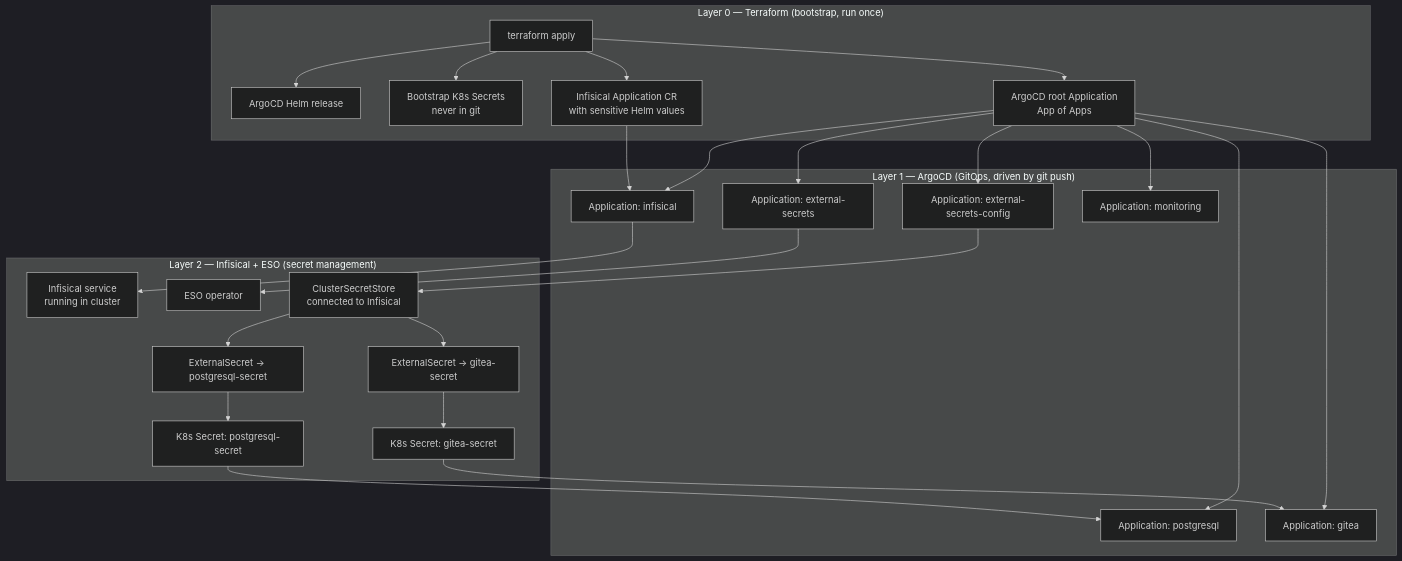
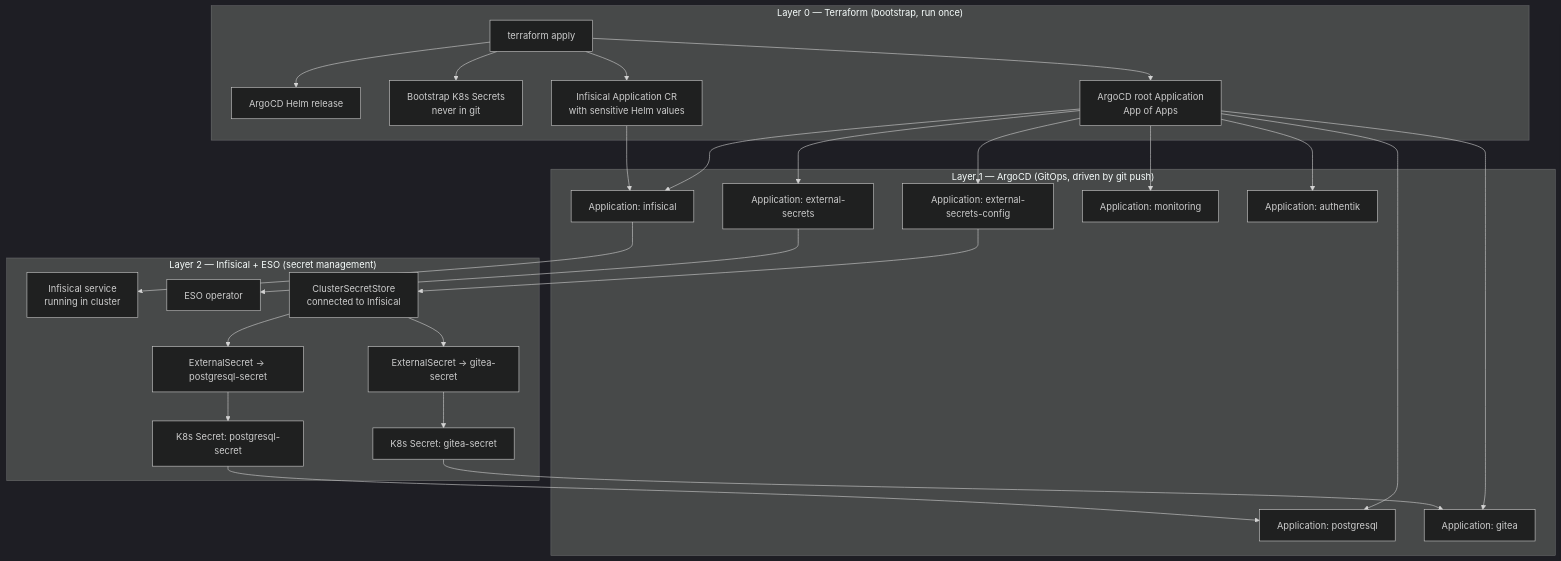
The first of 4 diagrams in docs/architecture.md (haingth77/homelab), drawn with Mermaid (dark theme) before and after one commit. The commit also changed other lines of this file and 3 other files, not shown here.

First line of the commit message:
docs: add Authentik SSO documentation and update architecture/networking

````diff
--- a/docs/architecture.md
+++ b/docs/architecture.md
@@ -9,33 +9,34 @@
 ```mermaid
 flowchart TD
     subgraph layer0["Layer 0 — Terraform (bootstrap, run once)"]
         TF["terraform apply"]
         TF --> A["ArgoCD Helm release"]
         TF --> B["Bootstrap K8s Secrets\nnever in git"]
         TF --> C["ArgoCD root Application\nApp of Apps"]
         TF --> D["Infisical Application CR\nwith sensitive Helm values"]
     end
 
     subgraph layer1["Layer 1 — ArgoCD (GitOps, driven by git push)"]
         C --> E["Application: infisical"]
         C --> F["Application: external-secrets"]
         C --> G["Application: external-secrets-config"]
         C --> H["Application: postgresql"]
         C --> I["Application: gitea"]
         C --> J["Application: monitoring"]
+        C --> K["Application: authentik"]
         D --> E
     end
 
     subgraph layer2["Layer 2 — Infisical + ESO (secret management)"]
         E --> InfisicalSvc["Infisical service\nrunning in cluster"]
         F --> ESOOperator["ESO operator"]
         G --> CSS["ClusterSecretStore\nconnected to Infisical"]
         CSS --> ES1["ExternalSecret → postgresql-secret"]
         CSS --> ES2["ExternalSecret → gitea-secret"]
         ES1 --> K8sSecret1["K8s Secret: postgresql-secret"]
         ES2 --> K8sSecret2["K8s Secret: gitea-secret"]
     end
 
     K8sSecret1 --> H
     K8sSecret2 --> I
 ```
````
